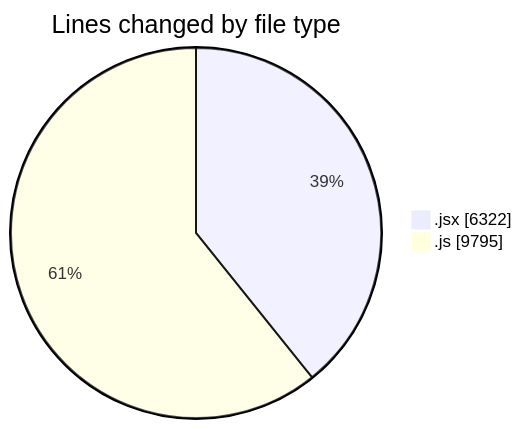
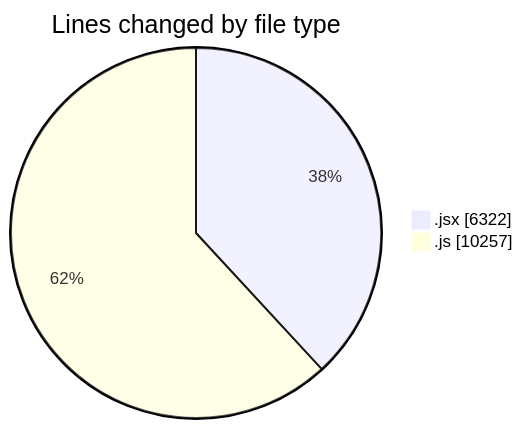
The first of 2 diagrams in 2025-09-28/nxtqube_webapp/README.md (nxtqubesakshisongat/code-tracking), drawn with Mermaid before and after one commit. The commit also changed other lines of this file and 1 other file, not shown here.

````diff
--- a/2025-09-28/nxtqube_webapp/README.md
+++ b/2025-09-28/nxtqube_webapp/README.md
@@ -23,6 +23,6 @@
 ```mermaid
 pie showData
 title Lines changed by file type
 ".jsx" : 6322
-".js" : 9795
+".js" : 10257
 ```
````
